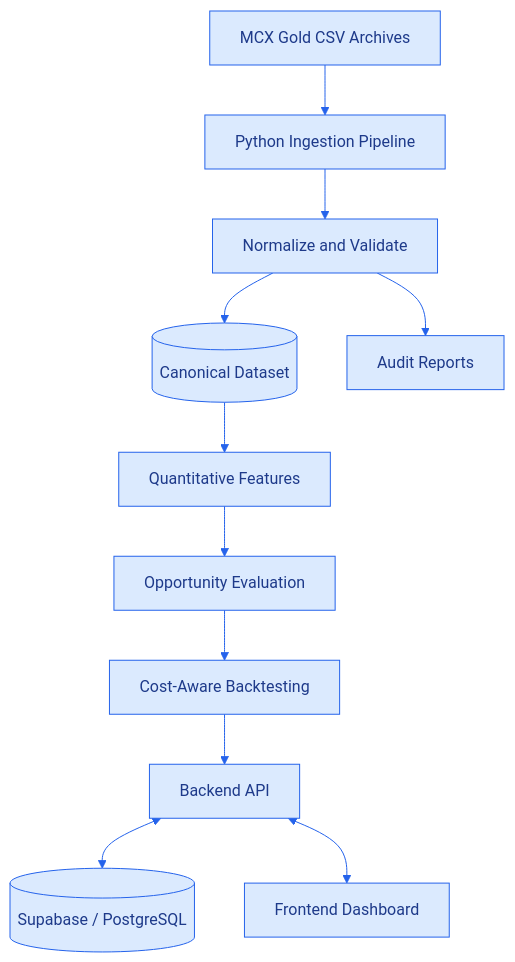
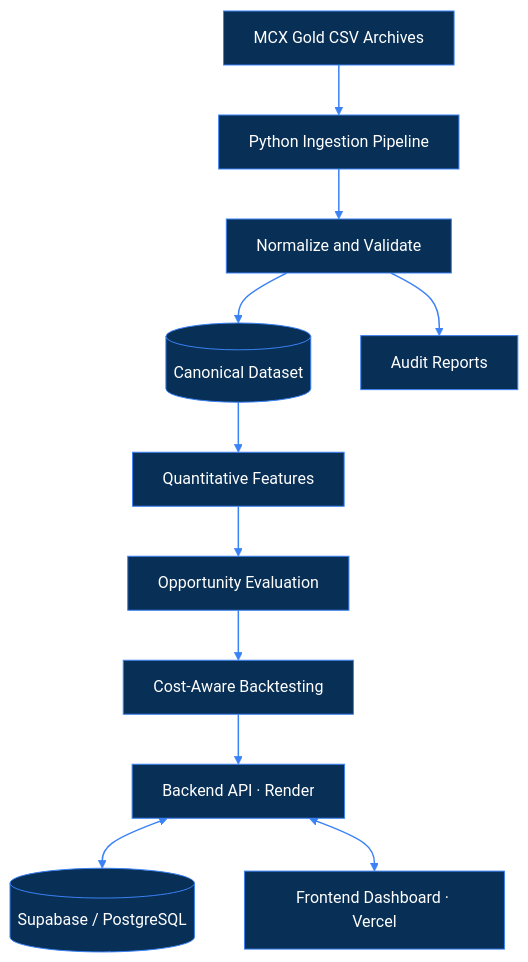
Before and after one commit to nitin25J/SwarnaNet: the first of 3 diagrams in README.md, drawn with Mermaid. The commit also changed other lines of this file, not shown here.

````diff
--- a/README.md
+++ b/README.md
@@ -25,14 +27,21 @@
 ```mermaid
-%%{init: {"theme":"base","themeVariables":{"background":"#ffffff","primaryColor":"#dbeafe","primaryTextColor":"#1e3a8a","primaryBorderColor":"#2563eb","lineColor":"#2563eb","secondaryColor":"#bfdbfe","secondaryTextColor":"#1e40af","secondaryBorderColor":"#3b82f6","tertiaryColor":"#eff6ff","tertiaryTextColor":"#1e3a8a","tertiaryBorderColor":"#60a5fa","edgeLabelBackground":"#eff6ff","clusterBkg":"#eff6ff","clusterBorder":"#2563eb"}}}%%
 flowchart TD
-    A[MCX Gold CSV Archives] --> B[Python Ingestion Pipeline]
-    B --> C[Normalize and Validate]
-    C --> D[(Canonical Dataset)]
-    C --> E[Audit Reports]
-    D --> F[Quantitative Features]
-    F --> G[Opportunity Evaluation]
-    G --> H[Cost-Aware Backtesting]
-    H --> I[Backend API]
-    I <--> J[(Supabase / PostgreSQL)]
-    I <--> K[Frontend Dashboard]
+    A["MCX Gold CSV Archives"] --> B["Python Ingestion Pipeline"]
+    B --> C["Normalize and Validate"]
+
+    C --> D[("Canonical Dataset")]
+    C --> E["Audit Reports"]
+
+    D --> F["Quantitative Features"]
+    F --> G["Opportunity Evaluation"]
+    G --> H["Cost-Aware Backtesting"]
+    H --> I["Backend API · Render"]
+
+    I <--> J[("Supabase / PostgreSQL")]
+    I <--> K["Frontend Dashboard · Vercel"]
+
+    classDef blue fill:#082F55,stroke:#3B82F6,color:#FFFFFF,stroke-width:1px
+    class A,B,C,D,E,F,G,H,I,J,K blue
+
+    linkStyle default stroke:#3B82F6,stroke-width:1.5px
 ```
````
